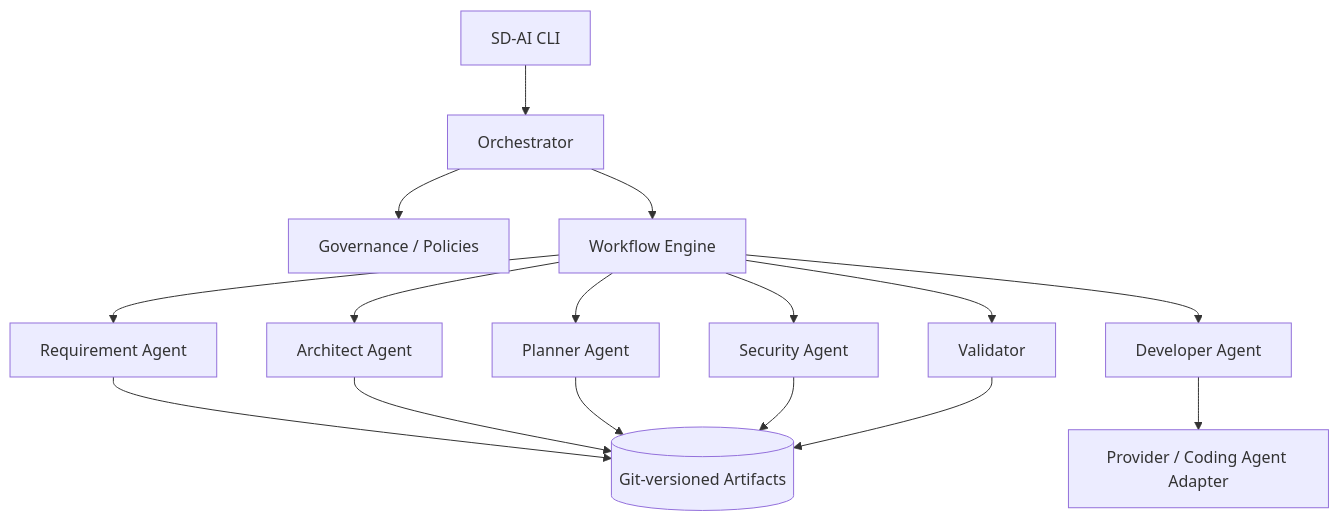
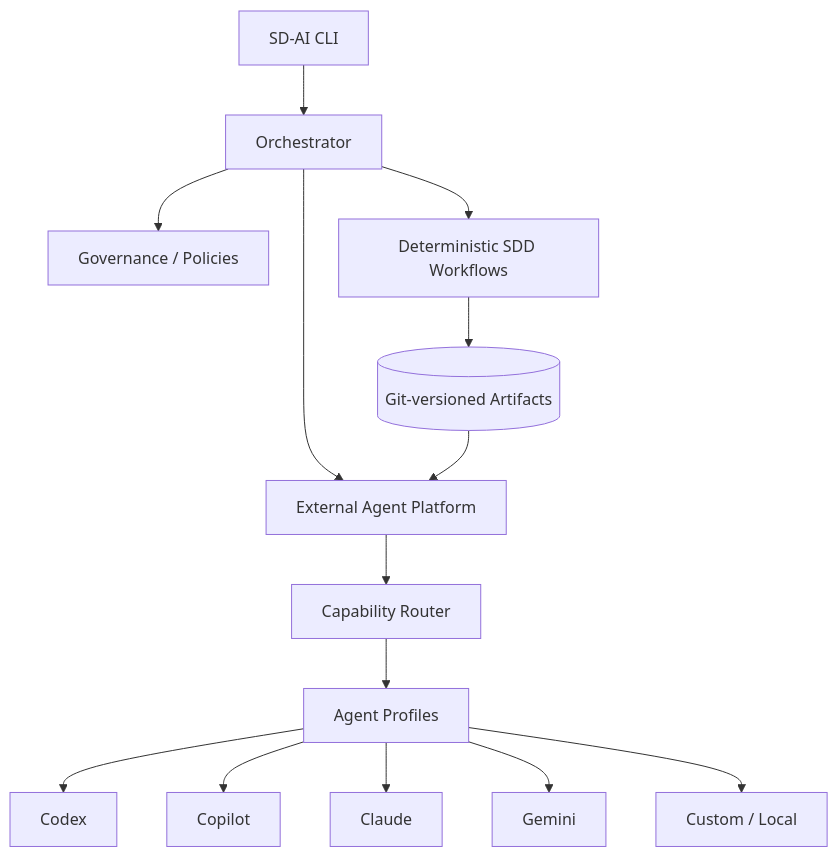
The diagram in docs/ARCHITECTURE.md (TestIntegrationOrg/sd-ai-framework), drawn with Mermaid before and after one commit. The commit also changed other lines of this file and 27 other files, not shown here.

Commit message:
add multi-agent provider skills and prompts

````diff
--- a/docs/ARCHITECTURE.md
+++ b/docs/ARCHITECTURE.md
@@ -7,18 +5,16 @@
 ```mermaid
 flowchart TB
     CLI[SD-AI CLI] --> ORCH[Orchestrator]
     ORCH --> GOV[Governance / Policies]
-    ORCH --> WF[Workflow Engine]
-    WF --> RA[Requirement Agent]
-    WF --> AA[Architect Agent]
-    WF --> PA[Planner Agent]
-    WF --> DA[Developer Agent]
-    WF --> SA[Security Agent]
-    WF --> VA[Validator]
-    DA --> ADAPTER[Provider / Coding Agent Adapter]
-    RA --> ART[(Git-versioned Artifacts)]
-    AA --> ART
-    PA --> ART
-    SA --> ART
-    VA --> ART
+    ORCH --> WF[Deterministic SDD Workflows]
+    WF --> ART[(Git-versioned Artifacts)]
+    ORCH --> AP[External Agent Platform]
+    AP --> ROUTER[Capability Router]
+    ROUTER --> PROFILES[Agent Profiles]
+    PROFILES --> CODEX[Codex]
+    PROFILES --> COPILOT[Copilot]
+    PROFILES --> CLAUDE[Claude]
+    PROFILES --> GEMINI[Gemini]
+    PROFILES --> CUSTOM[Custom / Local]
+    ART --> AP
 ```
````
